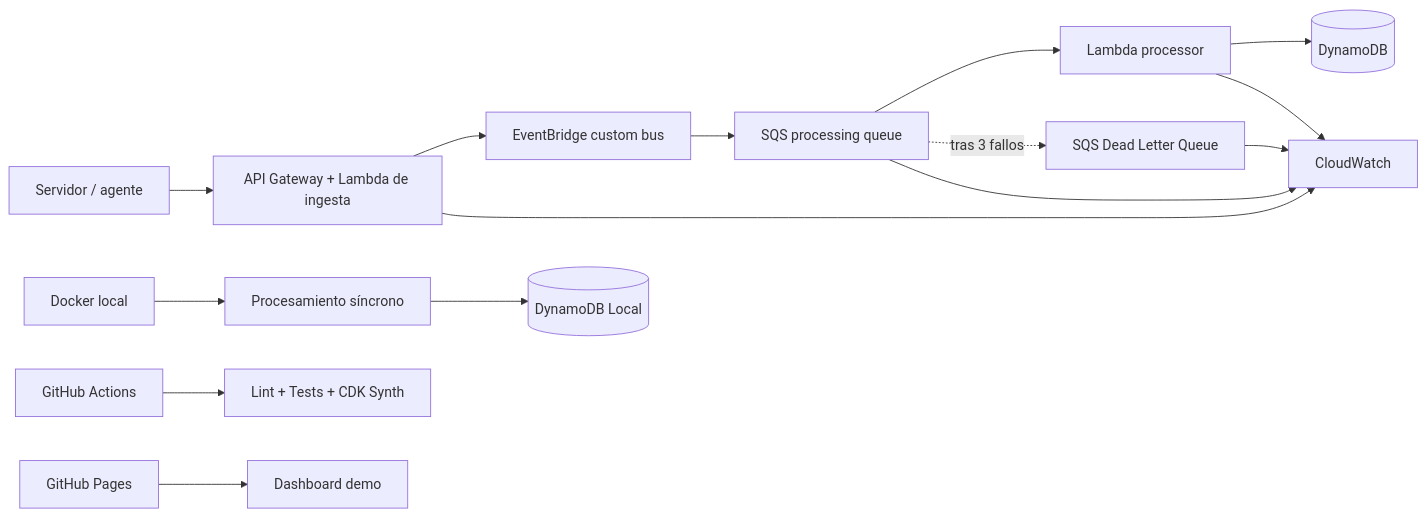
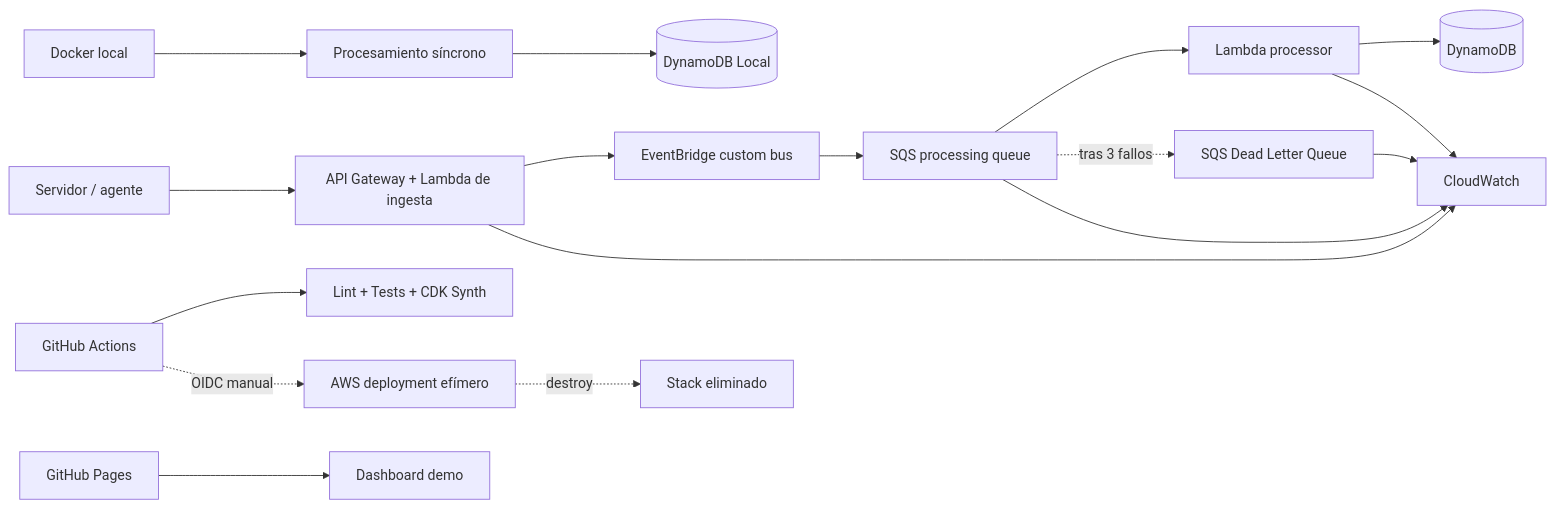
One commit to fermarfer1982/aws-cloudops-incident-hub changed the diagram in README.md. Above: the diagram before and after it, drawn with Mermaid. The commit also changed other lines of this file and 9 other files, not shown here.

First line of the commit message:
feat: add GitHub OIDC ephemeral deployment (#3)

````diff
--- a/README.md
+++ b/README.md
@@ -27,17 +29,19 @@
 ```mermaid
 flowchart LR
     S[Servidor / agente] --> API[API Gateway + Lambda de ingesta]
     API --> EB[EventBridge custom bus]
     EB --> Q[SQS processing queue]
     Q --> P[Lambda processor]
     Q -. tras 3 fallos .-> DLQ[SQS Dead Letter Queue]
     P --> DB[(DynamoDB)]
     API --> CW[CloudWatch]
     P --> CW
     Q --> CW
     DLQ --> CW
     LOCAL[Docker local] --> DIRECT[Procesamiento síncrono]
     DIRECT --> DDBL[(DynamoDB Local)]
     GH[GitHub Actions] --> CI[Lint + Tests + CDK Synth]
+    GH -. OIDC manual .-> AWS[AWS deployment efímero]
+    AWS -. destroy .-> CLEAN[Stack eliminado]
     PAGES[GitHub Pages] --> UI[Dashboard demo]
 ```
````
